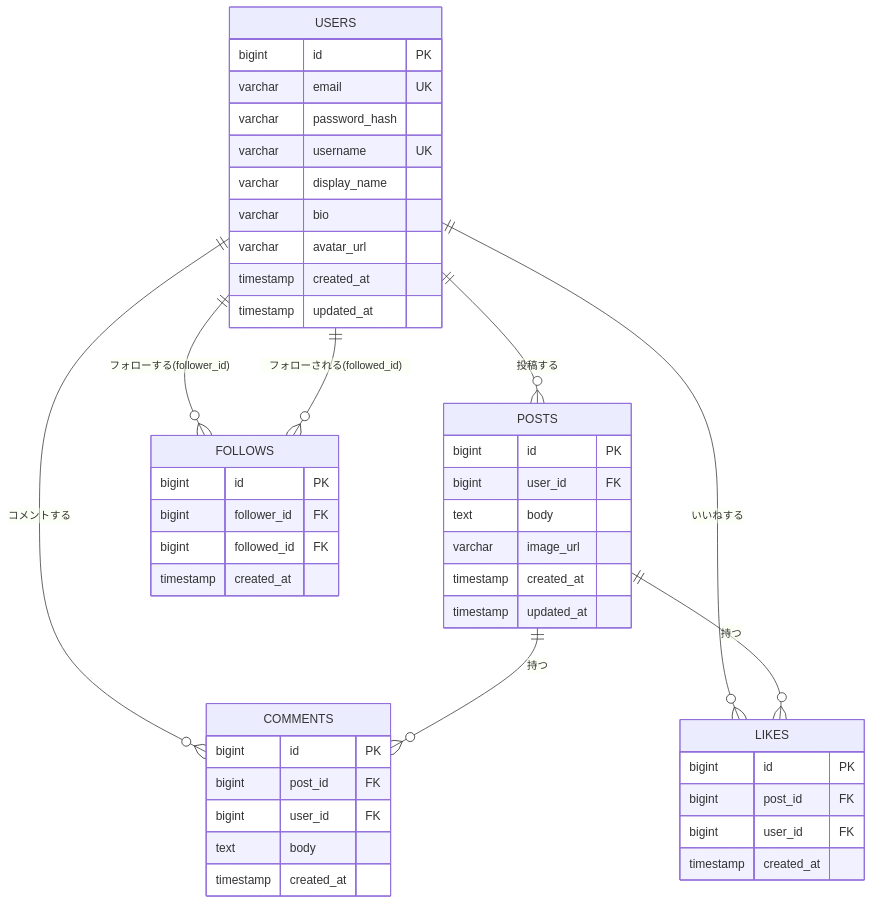
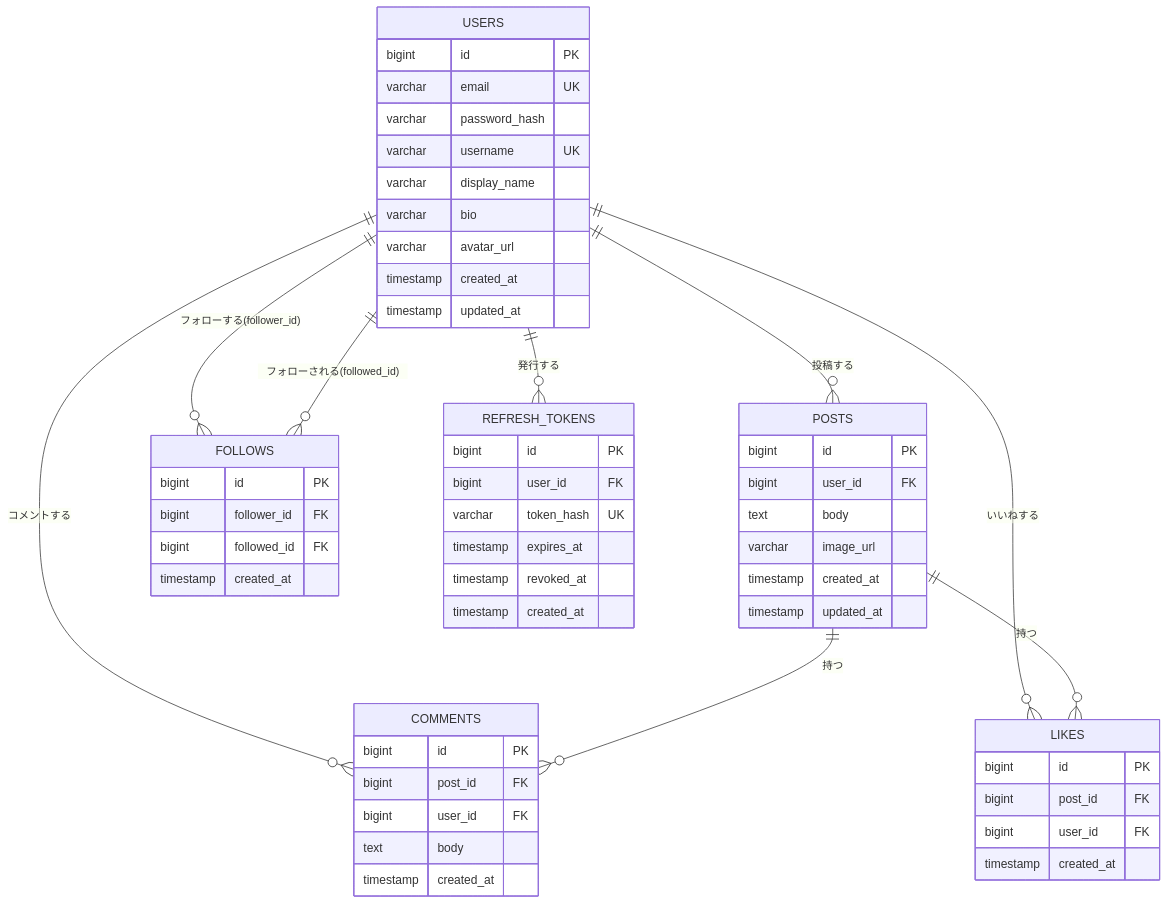
The diagram in docs/er.md (akki-secure/RaiseTimeLine), drawn with Mermaid before and after one commit. The commit also changed other lines of this file and 12 other files, not shown here.

````diff
--- a/docs/er.md
+++ b/docs/er.md
@@ -17,49 +17,58 @@
 ```mermaid
 erDiagram
   USERS ||--o{ POSTS : "投稿する"
   USERS ||--o{ COMMENTS : "コメントする"
   USERS ||--o{ LIKES : "いいねする"
   USERS ||--o{ FOLLOWS : "フォローする(follower_id)"
   USERS ||--o{ FOLLOWS : "フォローされる(followed_id)"
+  USERS ||--o{ REFRESH_TOKENS : "発行する"
   POSTS ||--o{ COMMENTS : "持つ"
   POSTS ||--o{ LIKES : "持つ"
 
   USERS {
     bigint id PK
     varchar email UK
     varchar password_hash
     varchar username UK
     varchar display_name
     varchar bio
     varchar avatar_url
     timestamp created_at
     timestamp updated_at
   }
   POSTS {
     bigint id PK
     bigint user_id FK
     text body
     varchar image_url
     timestamp created_at
     timestamp updated_at
   }
   COMMENTS {
     bigint id PK
     bigint post_id FK
     bigint user_id FK
     text body
     timestamp created_at
   }
   LIKES {
     bigint id PK
     bigint post_id FK
     bigint user_id FK
     timestamp created_at
   }
   FOLLOWS {
     bigint id PK
     bigint follower_id FK
     bigint followed_id FK
     timestamp created_at
   }
+  REFRESH_TOKENS {
+    bigint id PK
+    bigint user_id FK
+    varchar token_hash UK
+    timestamp expires_at
+    timestamp revoked_at
+    timestamp created_at
+  }
 ```
````
